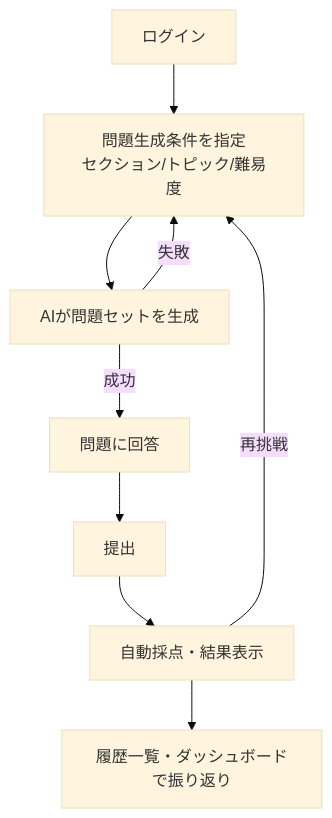
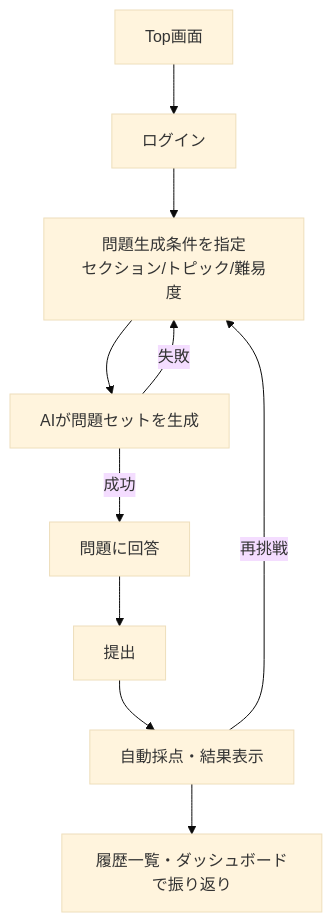
The diagram in docs/業務要件定義書.md (h-fujiwara-dev/ielts-creater), drawn with Mermaid (base theme) before and after one commit. The commit also changed other lines of this file and 8 other files, not shown here.

````diff
--- a/docs/業務要件定義書.md
+++ b/docs/業務要件定義書.md
@@ -115,11 +116,12 @@
 ```mermaid
 flowchart TD
-    A[ログイン] --> B[問題生成条件を指定<br/>セクション/トピック/難易度]
+    T[Top画面] --> A[ログイン]
+    A --> B[問題生成条件を指定<br/>セクション/トピック/難易度]
     B --> C[AIが問題セットを生成]
     C -->|成功| D[問題に回答]
     C -->|失敗| B
     D --> E[提出]
     E --> F[自動採点・結果表示]
     F -->|再挑戦| B
     F --> G[履歴一覧・ダッシュボードで振り返り]
 ```
````
